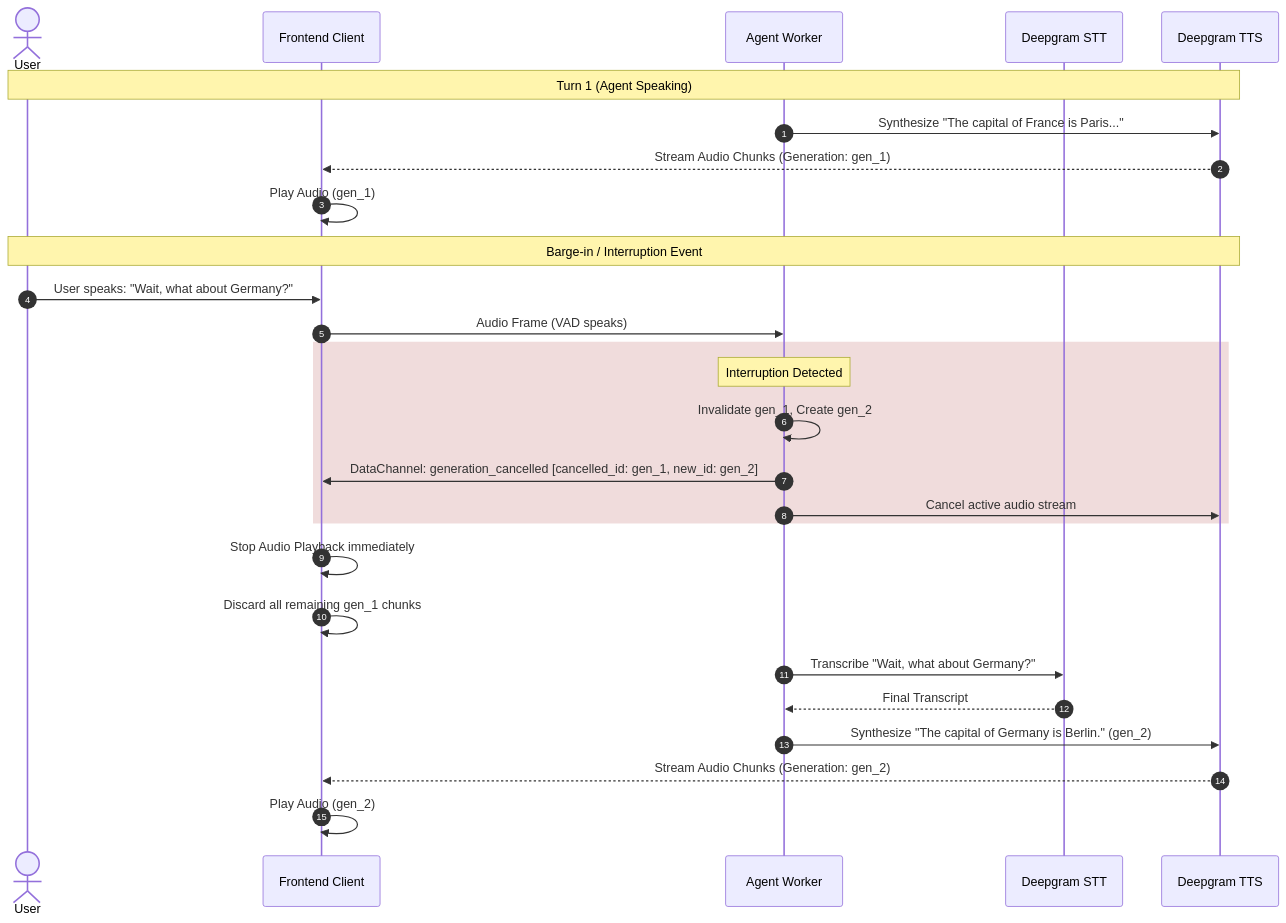
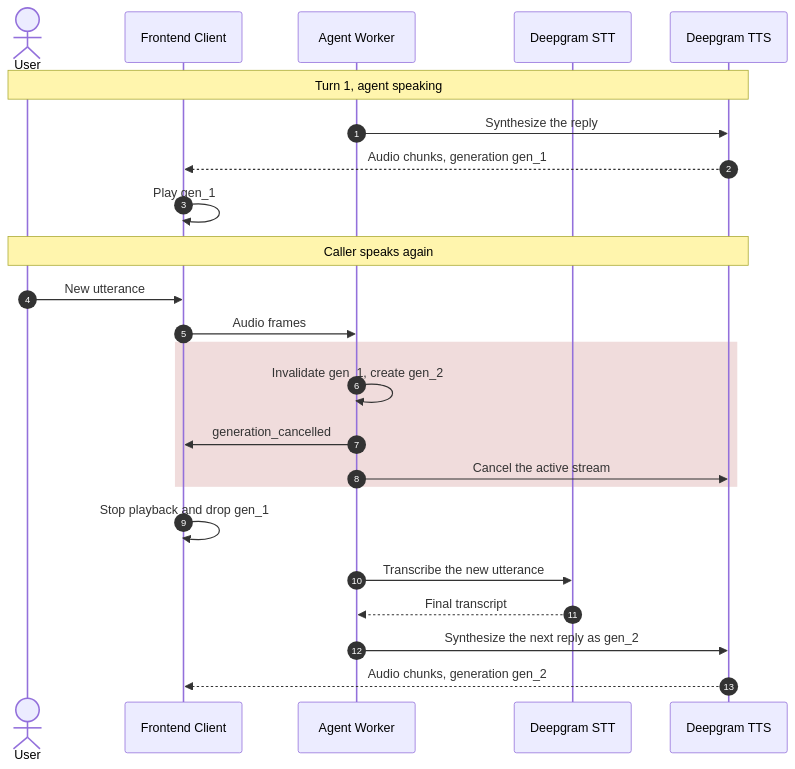
One commit to Harshalzarikar/custom-voice-agent changed the second of 2 diagrams in ARCHITECTURE.md. Above: the diagram before and after it, drawn with Mermaid. The commit also changed other lines of this file and 17 other files, not shown here.

````diff
--- a/ARCHITECTURE.md
+++ b/ARCHITECTURE.md
@@ -151,34 +179,30 @@
 ```mermaid
 sequenceDiagram
     autonumber
     actor User
     participant Browser as Frontend Client
     participant Worker as Agent Worker
     participant STT as Deepgram STT
     participant TTS as Deepgram TTS
 
-    Note over User,TTS: Turn 1 (Agent Speaking)
-    Worker->>TTS: Synthesize "The capital of France is Paris..."
-    TTS-->>Browser: Stream Audio Chunks (Generation: gen_1)
-    Browser->>Browser: Play Audio (gen_1)
+    Note over User,TTS: Turn 1, agent speaking
+    Worker->>TTS: Synthesize the reply
+    TTS-->>Browser: Audio chunks, generation gen_1
+    Browser->>Browser: Play gen_1
 
-    Note over User,TTS: Barge-in / Interruption Event
-    User->>Browser: User speaks: "Wait, what about Germany?"
-    Browser->>Worker: Audio Frame (VAD speaks)
-    
+    Note over User,TTS: Caller speaks again
+    User->>Browser: New utterance
+    Browser->>Worker: Audio frames
+
     rect rgb(240, 220, 220)
-        Note over Worker: Interruption Detected
-        Worker->>Worker: Invalidate gen_1, Create gen_2
-        Worker->>Browser: DataChannel: generation_cancelled [cancelled_id: gen_1, new_id: gen_2]
-        Worker->>TTS: Cancel active audio stream
+        Worker->>Worker: Invalidate gen_1, create gen_2
+        Worker->>Browser: generation_cancelled
+        Worker->>TTS: Cancel the active stream
     end
 
-    Browser->>Browser: Stop Audio Playback immediately
-    Browser->>Browser: Discard all remaining gen_1 chunks
-    
-    Worker->>STT: Transcribe "Wait, what about Germany?"
-    STT-->>Worker: Final Transcript
-    Worker->>TTS: Synthesize "The capital of Germany is Berlin." (gen_2)
-    TTS-->>Browser: Stream Audio Chunks (Generation: gen_2)
-    Browser->>Browser: Play Audio (gen_2)
+    Browser->>Browser: Stop playback and drop gen_1
+    Worker->>STT: Transcribe the new utterance
+    STT-->>Worker: Final transcript
+    Worker->>TTS: Synthesize the next reply as gen_2
+    TTS-->>Browser: Audio chunks, generation gen_2
 ```
````
